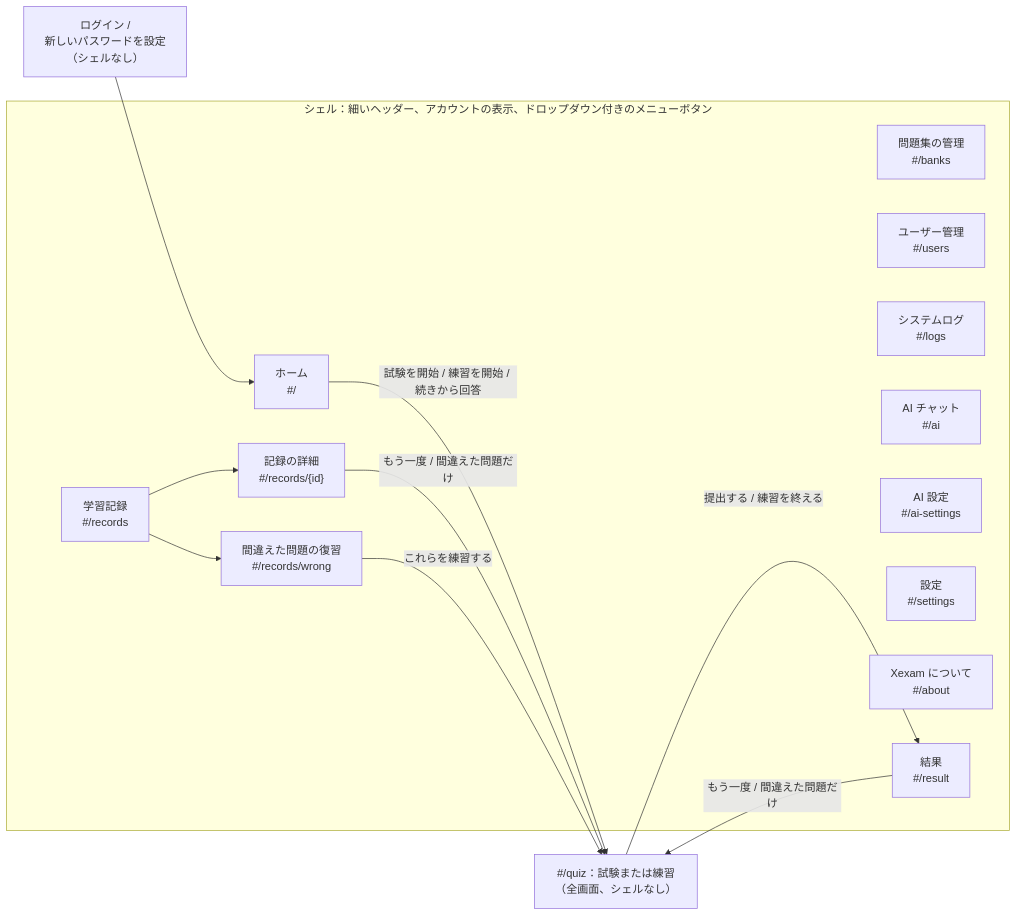
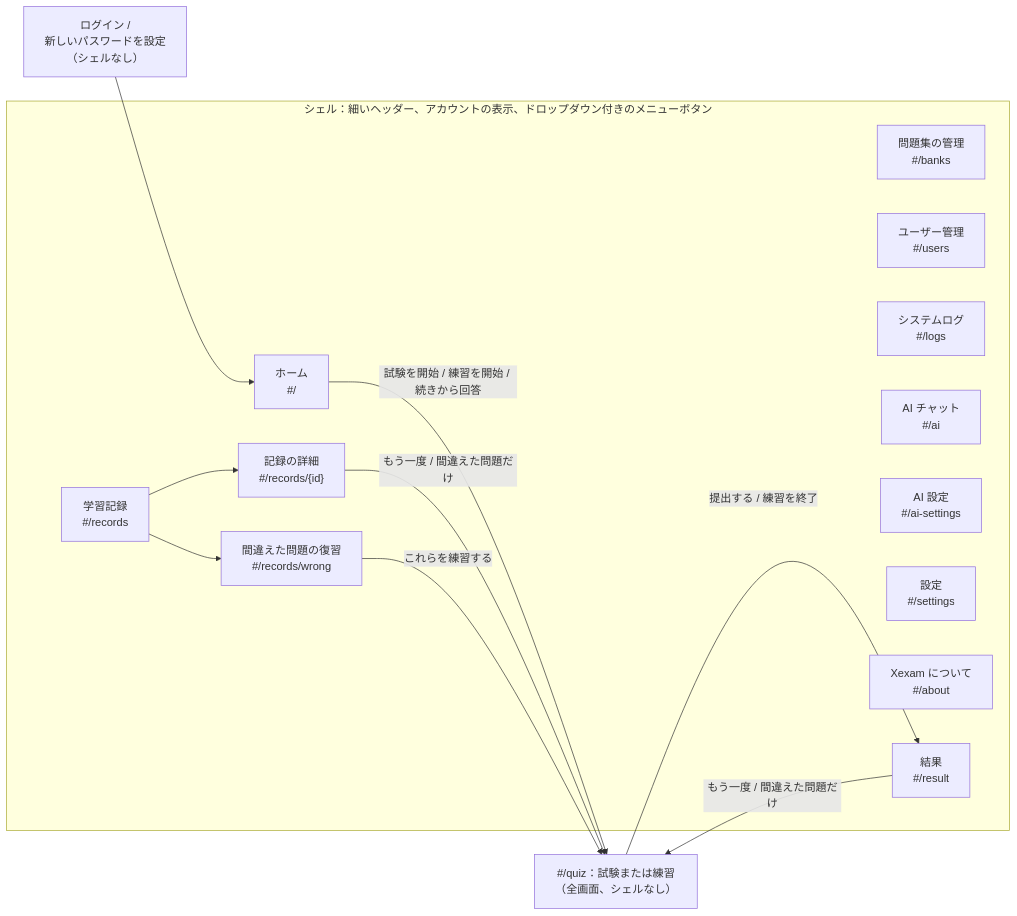
One commit to Yumin-Space/xexam changed the fifth of 8 diagrams in docs/ja/architecture.md. Above: the diagram before and after it, drawn with Mermaid. The commit also changed other lines of this file and 354 other files, not shown here.

````diff
--- a/docs/ja/architecture.md
+++ b/docs/ja/architecture.md
@@ -364,26 +372,26 @@
 ```mermaid
 flowchart LR
     SI["ログイン /<br/>新しいパスワードを設定<br/>（シェルなし）"] --> H
     subgraph shell["シェル：細いヘッダー、アカウントの表示、ドロップダウン付きのメニューボタン"]
         H["ホーム<br/>#/"]
         B["問題集の管理<br/>#/banks"]
         R["学習記録<br/>#/records"]
         US["ユーザー管理<br/>#/users"]
         LG["システムログ<br/>#/logs"]
         AI["AI チャット<br/>#/ai"]
         AIS["AI 設定<br/>#/ai-settings"]
         S["設定<br/>#/settings"]
         AB["Xexam について<br/>#/about"]
         D["記録の詳細<br/>#/records/{id}"]
         W["間違えた問題の復習<br/>#/records/wrong"]
         RS["結果<br/>#/result"]
     end
     Q["#/quiz：試験または練習<br/>（全画面、シェルなし）"]
     R --> D
     R --> W
     H -->|"試験を開始 / 練習を開始 / 続きから回答"| Q
-    Q -->|"提出する / 練習を終える"| RS
+    Q -->|"提出する / 練習を終了"| RS
     RS -->|"もう一度 / 間違えた問題だけ"| Q
     D -->|"もう一度 / 間違えた問題だけ"| Q
     W -->|"これらを練習する"| Q
 ```
````
